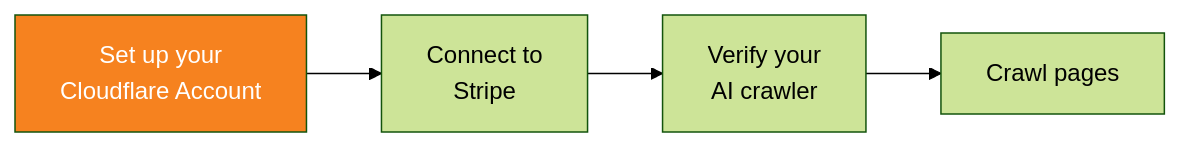
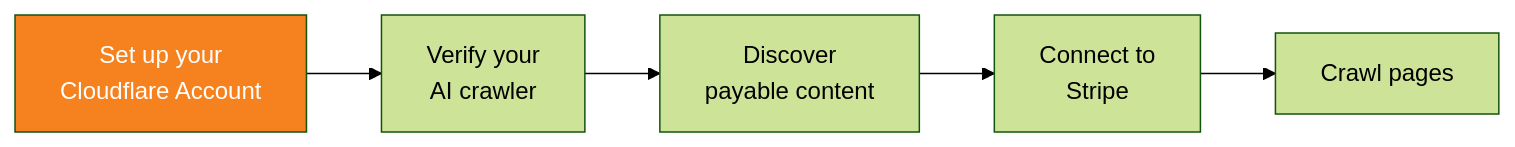
Before and after one commit to rdhanarot/cloudflare-docs: the diagram in src/content/docs/ai-crawl-control/features/pay-per-crawl/use-pay-per-crawl-as-ai-owner/set-up-cloudflare-account.mdx, drawn with Mermaid (forest theme). The commit also changed other lines of this file and 10 other files, not shown here.

````diff
--- a/src/content/docs/ai-crawl-control/features/pay-per-crawl/use-pay-per-crawl-as-ai-owner/set-up-cloudflare-account.mdx
+++ b/src/content/docs/ai-crawl-control/features/pay-per-crawl/use-pay-per-crawl-as-ai-owner/set-up-cloudflare-account.mdx
@@ -10,7 +10,8 @@
 ```mermaid
 graph LR
-A[Set up your<br>Cloudflare Account]:::highlight --> B[Connect to<br>Stripe]
-B --> C[Verify your<br>AI crawler]
-C --> D[Crawl pages]
+A[Set up your<br>Cloudflare Account]:::highlight --> B[Verify your<br>AI crawler]
+B --> C[Discover<br>payable content]
+C --> D[Connect to<br>Stripe]
+D --> E[Crawl pages]
 classDef highlight fill:#F6821F,color:white
 ```
````
